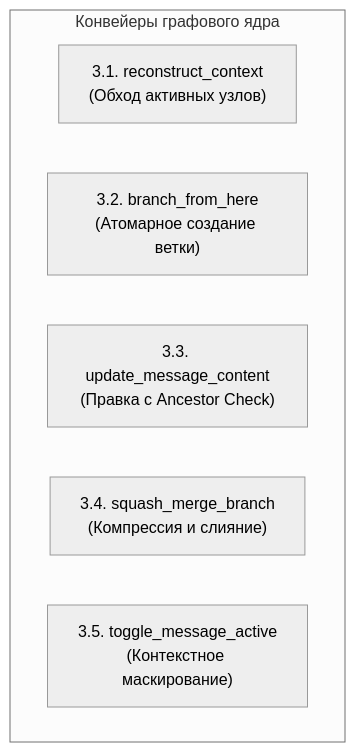
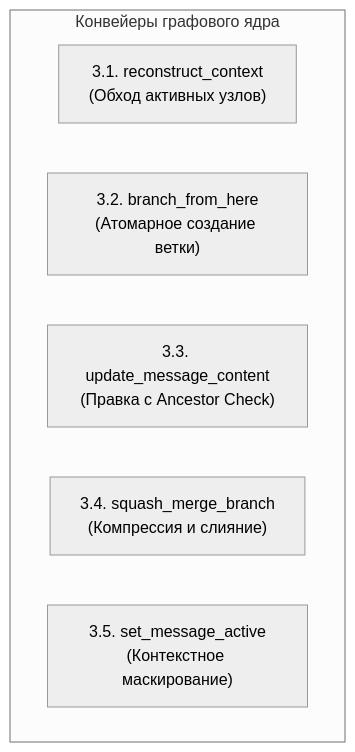
One commit to Curr3ncyV01D/exocortex changed the second of 5 diagrams in docs/SPEC.md. Above: the diagram before and after it, drawn with Mermaid (neutral theme). The commit also changed other lines of this file and 18 other files, not shown here.

````diff
--- a/docs/SPEC.md
+++ b/docs/SPEC.md
@@ -250,10 +250,10 @@
 ```mermaid
 flowchart TD
     subgraph EnginePipelines ["Конвейеры графового ядра"]
         A1["3.1. reconstruct_context\n(Обход активных узлов)"]
         A2["3.2. branch_from_here\n(Атомарное создание ветки)"]
         A3["3.3. update_message_content\n(Правка с Ancestor Check)"]
         A4["3.4. squash_merge_branch\n(Компрессия и слияние)"]
-        A5["3.5. toggle_message_active\n(Контекстное маскирование)"]
+        A5["3.5. set_message_active\n(Контекстное маскирование)"]
     end
 ```
````
